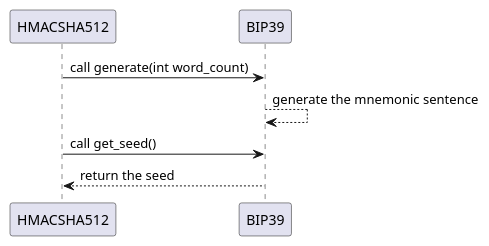
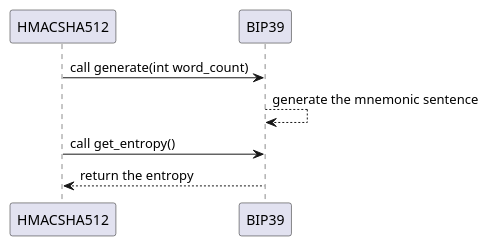
The diagram in doc/bip39.md (alchekroun/projet_blockchain_python), drawn with PlantUML before and after one commit.

Commit message:
[doc] update schema

````diff
--- a/doc/bip39.md
+++ b/doc/bip39.md
@@ -33,12 +33,12 @@
 ```plantuml
 @startuml
 participant  "HMACSHA512" as hmac
 participant "BIP39" as bip
 
 hmac -> bip : call generate(int word_count)
 bip --> bip : generate the mnemonic sentence
-hmac -> bip : call get_seed()
-bip --> hmac : return the seed 
+hmac -> bip : call get_entropy()
+bip --> hmac : return the entropy 
 
 @enduml
 ```
````
